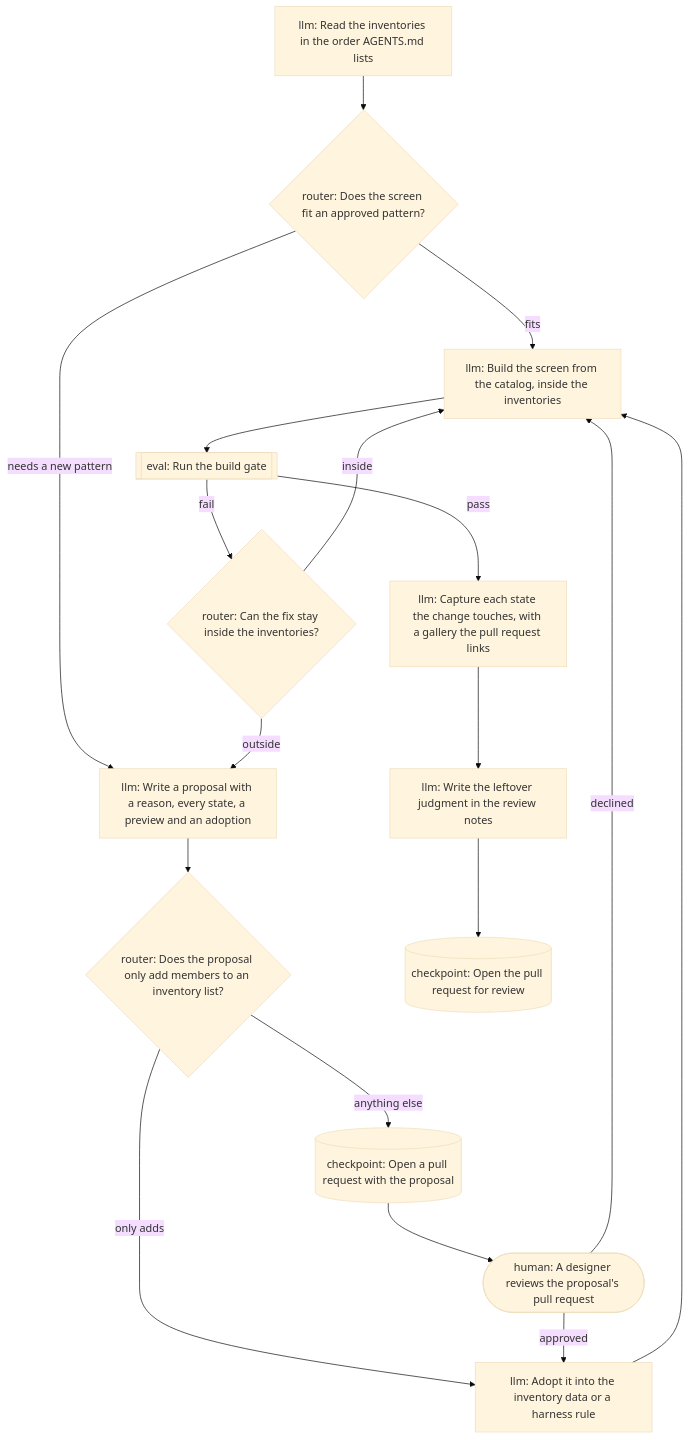
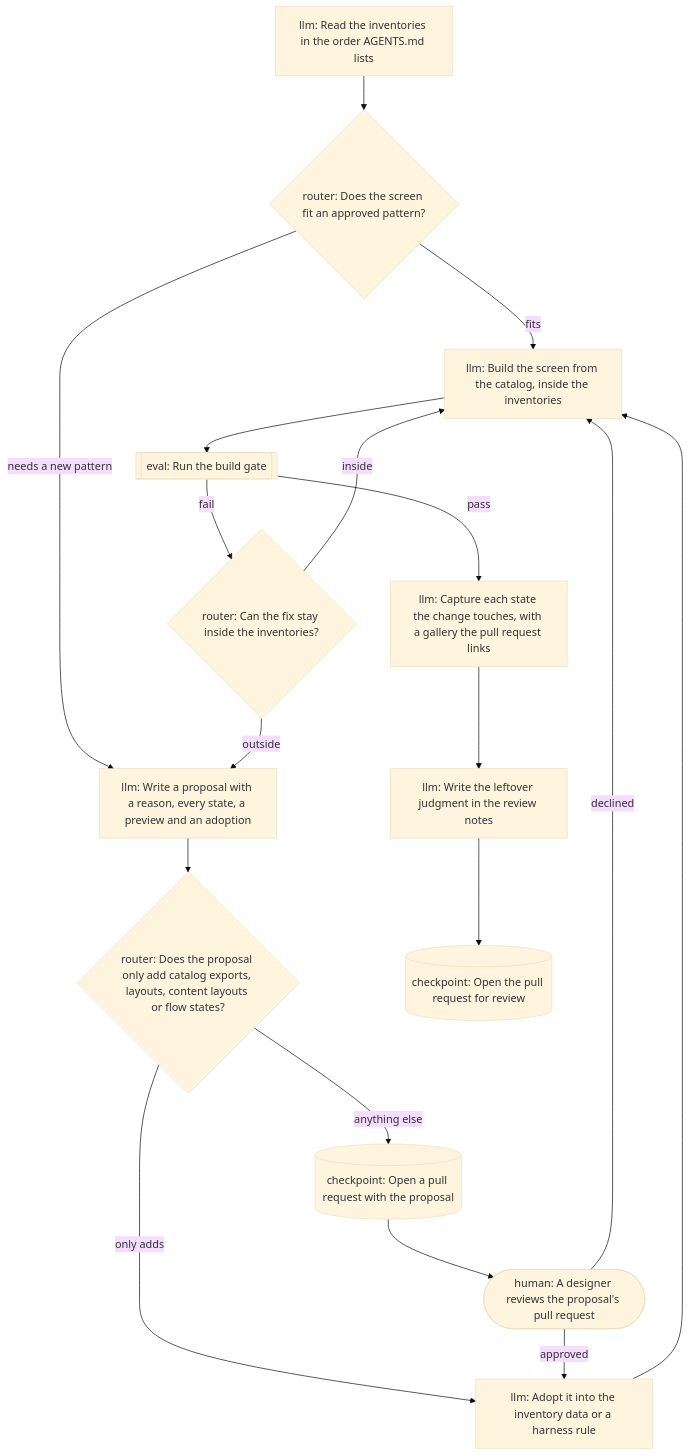
Before and after one commit to tounsoo/agent-design-loop: the third of 7 diagrams in packages/harness/docs/how-it-works.md, drawn with Mermaid (base theme). The commit also changed other lines of this file and 3 other files, not shown here.

First line of the commit message:
List every gates-nothing proposal and say page types never take the one-PR path

````diff
--- a/packages/harness/docs/how-it-works.md
+++ b/packages/harness/docs/how-it-works.md
@@ -99,33 +99,33 @@
 ```mermaid
 flowchart TB
   n_read["llm: Read the inventories in the order AGENTS.md lists"]
   n_route{"router: Does the screen fit an approved pattern?"}
   n_build["llm: Build the screen from the catalog, inside the inventories"]
   n_checks[["eval: Run the build gate"]]
   n_triage{"router: Can the fix stay inside the inventories?"}
   n_propose["llm: Write a proposal with a reason, every state, a preview and an adoption"]
-  n_scope{"router: Does the proposal only add members to an inventory list?"}
+  n_scope{"router: Does the proposal only add catalog exports, layouts, content layouts or flow states?"}
   n_proposal_pull_request[("checkpoint: Open a pull request with the proposal")]
   n_approval(["human: A designer reviews the proposal's pull request"])
   n_adopt["llm: Adopt it into the inventory data or a harness rule"]
   n_screenshots["llm: Capture each state the change touches, with a gallery the pull request links"]
   n_note["llm: Write the leftover judgment in the review notes"]
   n_pull_request[("checkpoint: Open the pull request for review")]
   n_read --> n_route
   n_route -->|fits| n_build
   n_route -->|needs a new pattern| n_propose
   n_build --> n_checks
   n_checks -->|pass| n_screenshots
   n_checks -->|fail| n_triage
   n_triage -->|inside| n_build
   n_triage -->|outside| n_propose
   n_propose --> n_scope
   n_scope -->|only adds| n_adopt
   n_scope -->|anything else| n_proposal_pull_request
   n_proposal_pull_request --> n_approval
   n_approval -->|approved| n_adopt
   n_approval -->|declined| n_build
   n_adopt --> n_build
   n_screenshots --> n_note
   n_note --> n_pull_request
 ```
````
